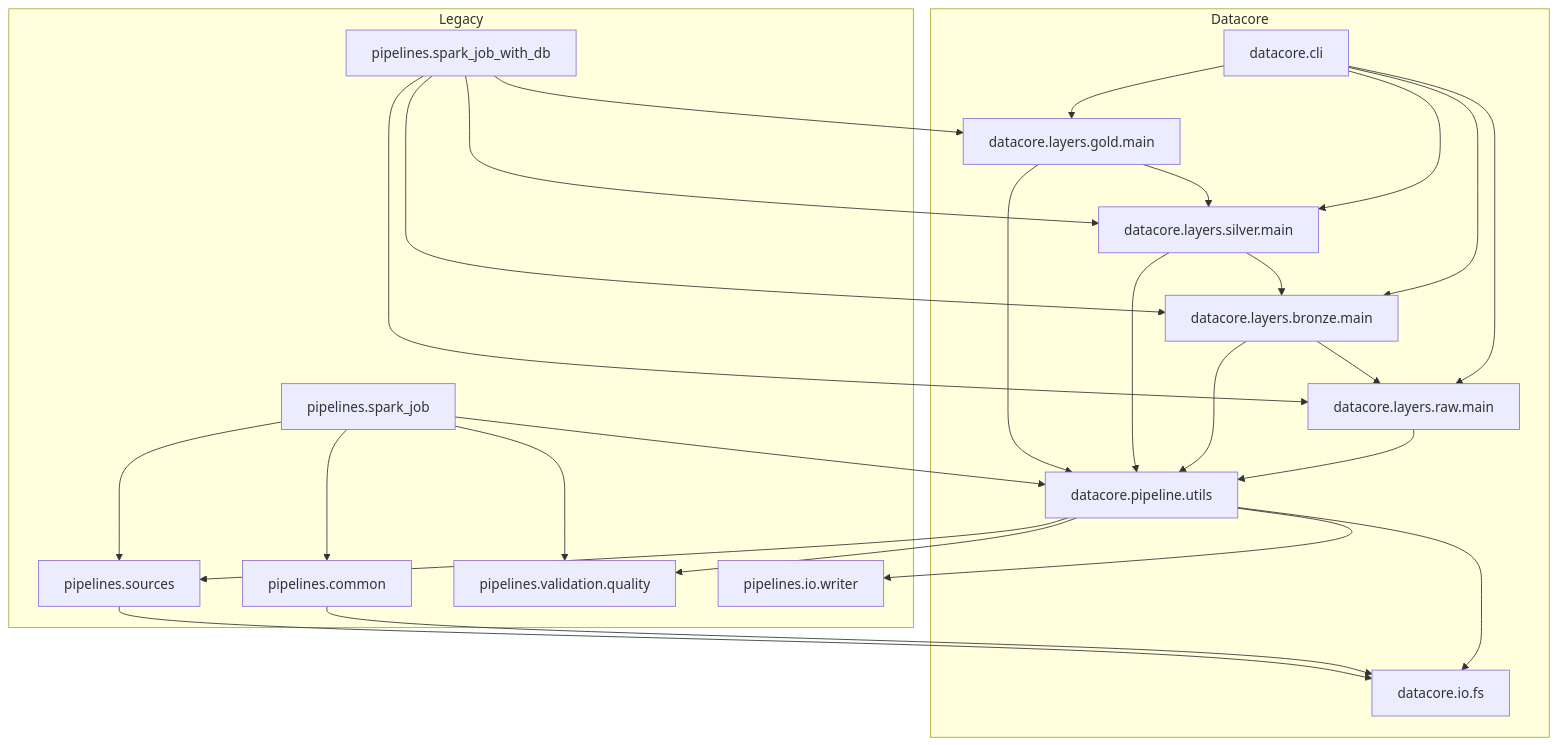
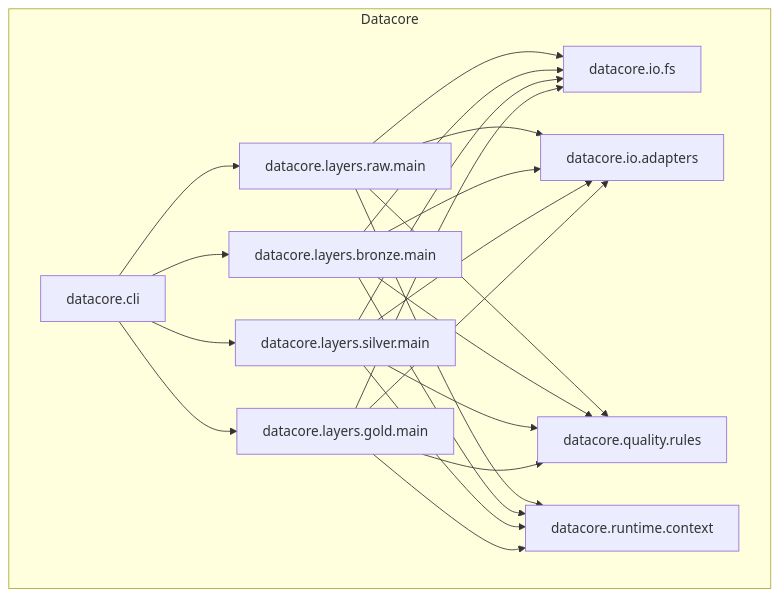
Before and after one commit to Prospect121/mvp-config-driven: the diagram in docs/diagrams/dependencies.md, drawn with Mermaid. The commit also changed other lines of this file and 61 other files, not shown here.

Commit message:
Purge legacy pipelines and Docker artifacts

````diff
--- a/docs/diagrams/dependencies.md
+++ b/docs/diagrams/dependencies.md
@@ -3,52 +3,38 @@
 ```mermaid
 graph TD
     subgraph Datacore
         CLI[datacore.cli]
         RAW[datacore.layers.raw.main]
         BRONZE[datacore.layers.bronze.main]
         SILVER[datacore.layers.silver.main]
         GOLD[datacore.layers.gold.main]
-        PIPEUTILS[datacore.pipeline.utils]
         IOFS[datacore.io.fs]
-    end
-
-    subgraph Legacy
-        SPJOB[pipelines.spark_job]
-        SPJOBDB[pipelines.spark_job_with_db]
-        PCOMMON[pipelines.common]
-        PSOURCES[pipelines.sources]
-        PQUALITY[pipelines.validation.quality]
-        PWRITER[pipelines.io.writer]
+        IOADP[datacore.io.adapters]
+        QUALITY[datacore.quality.rules]
+        RUNTIME[datacore.runtime.context]
     end
 
     CLI --> RAW
     CLI --> BRONZE
     CLI --> SILVER
     CLI --> GOLD
 
-    BRONZE --> RAW
-    SILVER --> BRONZE
-    GOLD --> SILVER
+    RAW --> IOFS
+    RAW --> IOADP
+    BRONZE --> IOFS
+    BRONZE --> IOADP
+    SILVER --> IOFS
+    SILVER --> IOADP
+    GOLD --> IOFS
+    GOLD --> IOADP
 
-    RAW --> PIPEUTILS
-    BRONZE --> PIPEUTILS
-    SILVER --> PIPEUTILS
-    GOLD --> PIPEUTILS
-    PIPEUTILS --> PSOURCES
-    PIPEUTILS --> PQUALITY
-    PIPEUTILS --> PWRITER
-    PIPEUTILS --> IOFS
+    RAW --> QUALITY
+    BRONZE --> QUALITY
+    SILVER --> QUALITY
+    GOLD --> QUALITY
 
-    SPJOB --> PCOMMON
-    SPJOB --> PSOURCES
-    SPJOB --> PQUALITY
-    SPJOB --> PIPEUTILS
-
-    SPJOBDB --> RAW
-    SPJOBDB --> BRONZE
-    SPJOBDB --> SILVER
-    SPJOBDB --> GOLD
-
-    PCOMMON --> IOFS
-    PSOURCES --> IOFS
+    RAW --> RUNTIME
+    BRONZE --> RUNTIME
+    SILVER --> RUNTIME
+    GOLD --> RUNTIME
 ```
````
